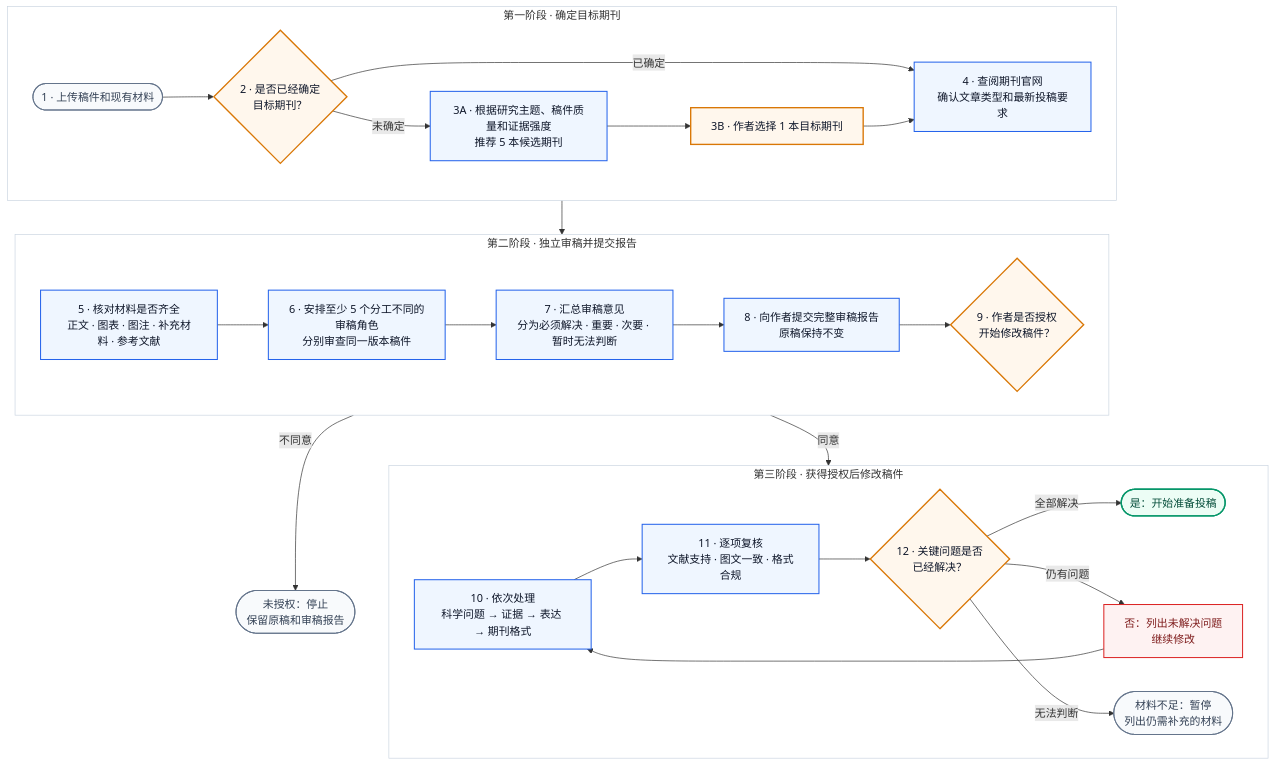
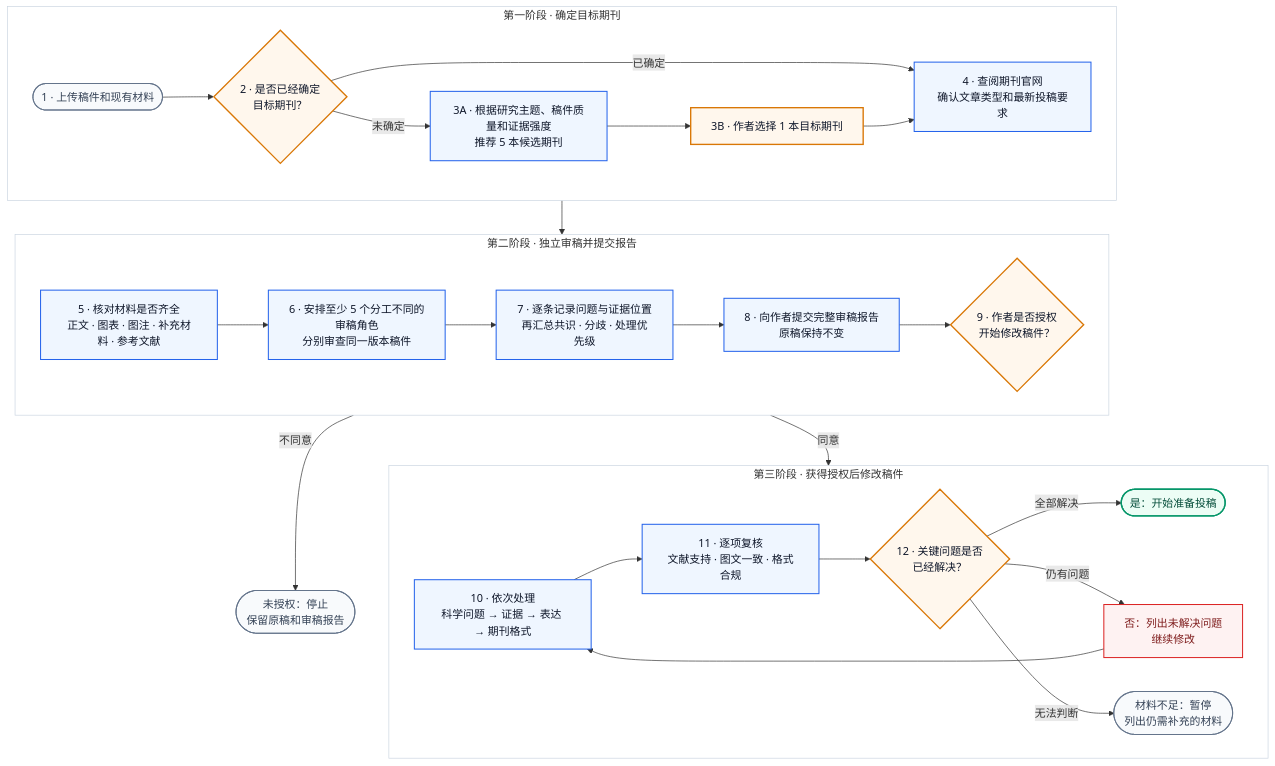
Before and after one commit to Jameslxr/manuscript-review-revision-skill: the diagram in README.md, drawn with Mermaid. The commit also changed other lines of this file and 14 other files, not shown here.

````diff
--- a/README.md
+++ b/README.md
@@ -65,58 +65,58 @@
 ```mermaid
 flowchart TB
     START(["1 · 上传稿件和现有材料"])
     TARGET{"2 · 是否已经确定<br/>目标期刊？"}
     REC["3A · 根据研究主题、稿件质量和证据强度<br/>推荐 5 本候选期刊"]
     PICK["3B · 作者选择 1 本目标期刊"]
     RULES["4 · 查阅期刊官网<br/>确认文章类型和最新投稿要求"]
     CHECK["5 · 核对材料是否齐全<br/>正文 · 图表 · 图注 · 补充材料 · 参考文献"]
     REVIEW["6 · 安排至少 5 个分工不同的审稿角色<br/>分别审查同一版本稿件"]
-    SUMMARY["7 · 汇总审稿意见<br/>分为必须解决 · 重要 · 次要 · 暂时无法判断"]
+    SUMMARY["7 · 逐条记录问题与证据位置<br/>再汇总共识 · 分歧 · 处理优先级"]
     REPORT["8 · 向作者提交完整审稿报告<br/>原稿保持不变"]
     AUTH{"9 · 作者是否授权<br/>开始修改稿件？"}
     STOP(["未授权：停止<br/>保留原稿和审稿报告"])
     REVISE["10 · 依次处理<br/>科学问题 → 证据 → 表达 → 期刊格式"]
     VERIFY["11 · 逐项复核<br/>文献支持 · 图文一致 · 格式合规"]
     READY{"12 · 关键问题是否<br/>已经解决？"}
     PASS(["是：开始准备投稿"])
     RETURN["否：列出未解决问题<br/>继续修改"]
     MISSING(["材料不足：暂停<br/>列出仍需补充的材料"])
 
     subgraph S1["第一阶段 · 确定目标期刊"]
         direction LR
         START --> TARGET
         TARGET -- "已确定" --> RULES
         TARGET -- "未确定" --> REC --> PICK --> RULES
     end
 
     subgraph S2["第二阶段 · 独立审稿并提交报告"]
         direction LR
         CHECK --> REVIEW --> SUMMARY --> REPORT --> AUTH
     end
 
     subgraph S3["第三阶段 · 获得授权后修改稿件"]
         direction LR
         REVISE --> VERIFY --> READY
         READY -- "全部解决" --> PASS
         READY -- "仍有问题" --> RETURN --> REVISE
         READY -- "无法判断" --> MISSING
     end
 
     RULES --> CHECK
     AUTH -- "不同意" --> STOP
     AUTH -- "同意" --> REVISE
 
     classDef user fill:#FFF7ED,stroke:#D97706,stroke-width:2px,color:#0F172A;
     classDef skill fill:#EFF6FF,stroke:#2563EB,stroke-width:1.5px,color:#0F172A;
     classDef success fill:#ECFDF5,stroke:#059669,stroke-width:2px,color:#064E3B;
     classDef stop fill:#F8FAFC,stroke:#64748B,stroke-width:1.5px,color:#334155;
     classDef problem fill:#FEF2F2,stroke:#DC2626,stroke-width:1.5px,color:#7F1D1D;
     class TARGET,PICK,AUTH,READY user;
     class REC,RULES,CHECK,REVIEW,SUMMARY,REPORT,REVISE,VERIFY skill;
     class PASS success;
     class START,STOP,MISSING stop;
     class RETURN problem;
     style S1 fill:#FFFFFF,stroke:#CBD5E1,stroke-width:1px
     style S2 fill:#FFFFFF,stroke:#CBD5E1,stroke-width:1px
     style S3 fill:#FFFFFF,stroke:#CBD5E1,stroke-width:1px
 ```
````
